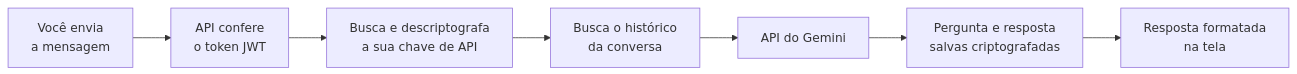
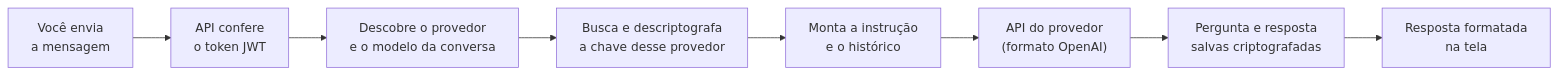
Before and after one commit to DeividGabrielLeandro/Hermes: the diagram in README.md, drawn with Mermaid. The commit also changed other lines of this file and 4 other files, not shown here.

````diff
--- a/README.md
+++ b/README.md
@@ -110,9 +116,10 @@
 ```mermaid
 flowchart LR
     A["Você envia<br/>a mensagem"] --> B["API confere<br/>o token JWT"]
-    B --> C["Busca e descriptografa<br/>a sua chave de API"]
-    C --> D["Busca o histórico<br/>da conversa"]
-    D --> E["API do Gemini"]
+    B --> C["Descobre o provedor<br/>e o modelo da conversa"]
+    C --> C2["Busca e descriptografa<br/>a chave desse provedor"]
+    C2 --> D["Monta a instrução<br/>e o histórico"]
+    D --> E["API do provedor<br/>(formato OpenAI)"]
     E --> F["Pergunta e resposta<br/>salvas criptografadas"]
     F --> G["Resposta formatada<br/>na tela"]
 ```
````
